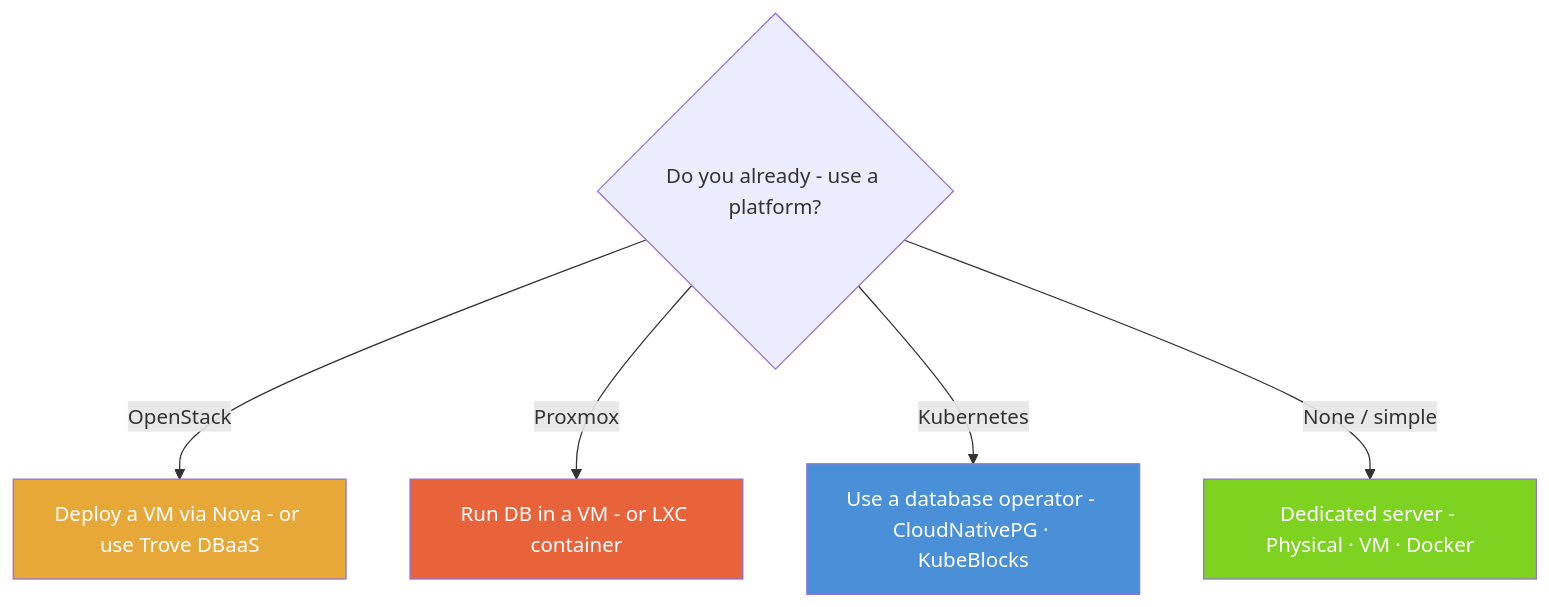
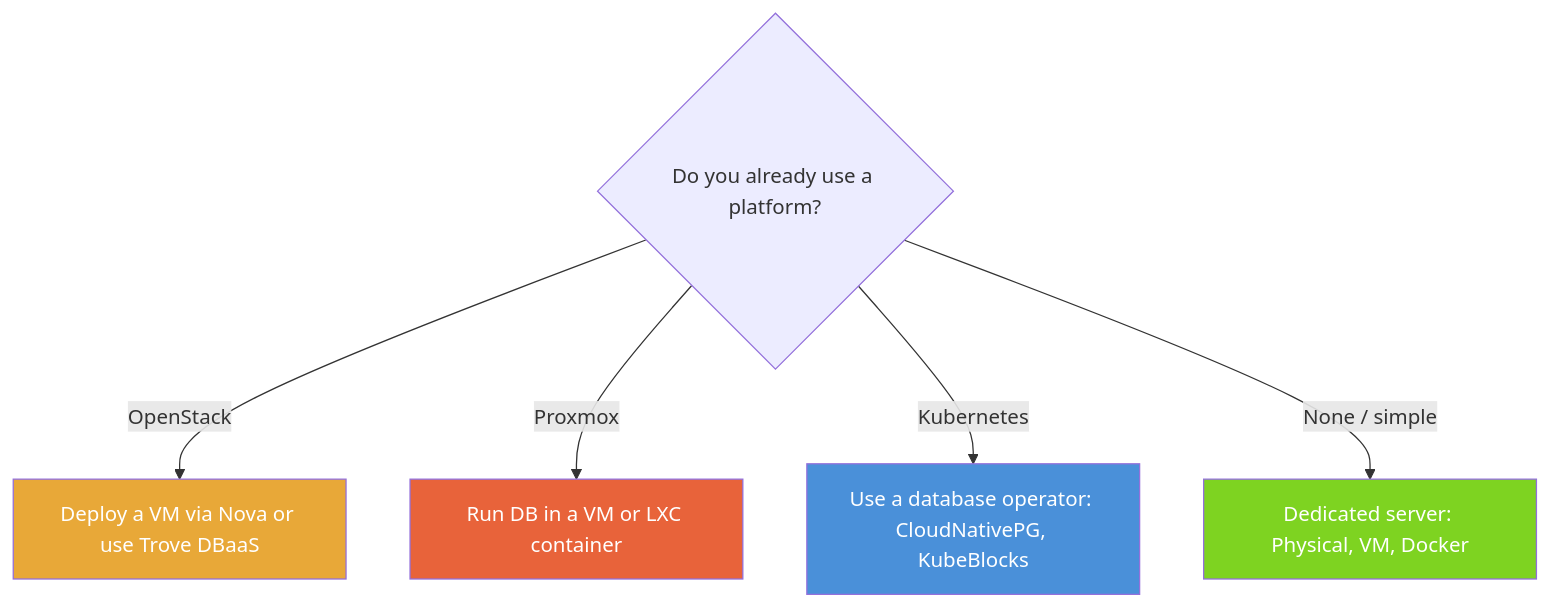
Before and after one commit to abecam/DeKCD-DMOnTheCloud: the third of 5 diagrams in pages/Data_storage.qmd, drawn with Mermaid. The commit also changed other lines of this file and 3 other files, not shown here.

````diff
--- a/pages/Data_storage.qmd
+++ b/pages/Data_storage.qmd
@@ -150,13 +150,13 @@
 ```{mermaid}
 flowchart TD
-    Q1{Do you already - use a platform?}
-    Q1 -->|OpenStack| OS[Deploy a VM via Nova - or use Trove DBaaS]
-    Q1 -->|Proxmox| PX[Run DB in a VM - or LXC container]
-    Q1 -->|Kubernetes| K8S[Use a database operator - CloudNativePG · KubeBlocks]
-    Q1 -->|None / simple| DS[Dedicated server - Physical · VM · Docker]
+    Q1{Do you already use a platform?}
+    Q1 -->|OpenStack| OS[Deploy a VM via Nova or use Trove DBaaS]
+    Q1 -->|Proxmox| PX[Run DB in a VM or LXC container]
+    Q1 -->|Kubernetes| K8S[Use a database operator: CloudNativePG, KubeBlocks]
+    Q1 -->|None / simple| DS[Dedicated server: Physical, VM, Docker]
 
     style OS fill:#E8A838,color:#fff
     style PX fill:#E8633A,color:#fff
     style K8S fill:#4A90D9,color:#fff
     style DS fill:#7ED321,color:#fff
 ```
````
